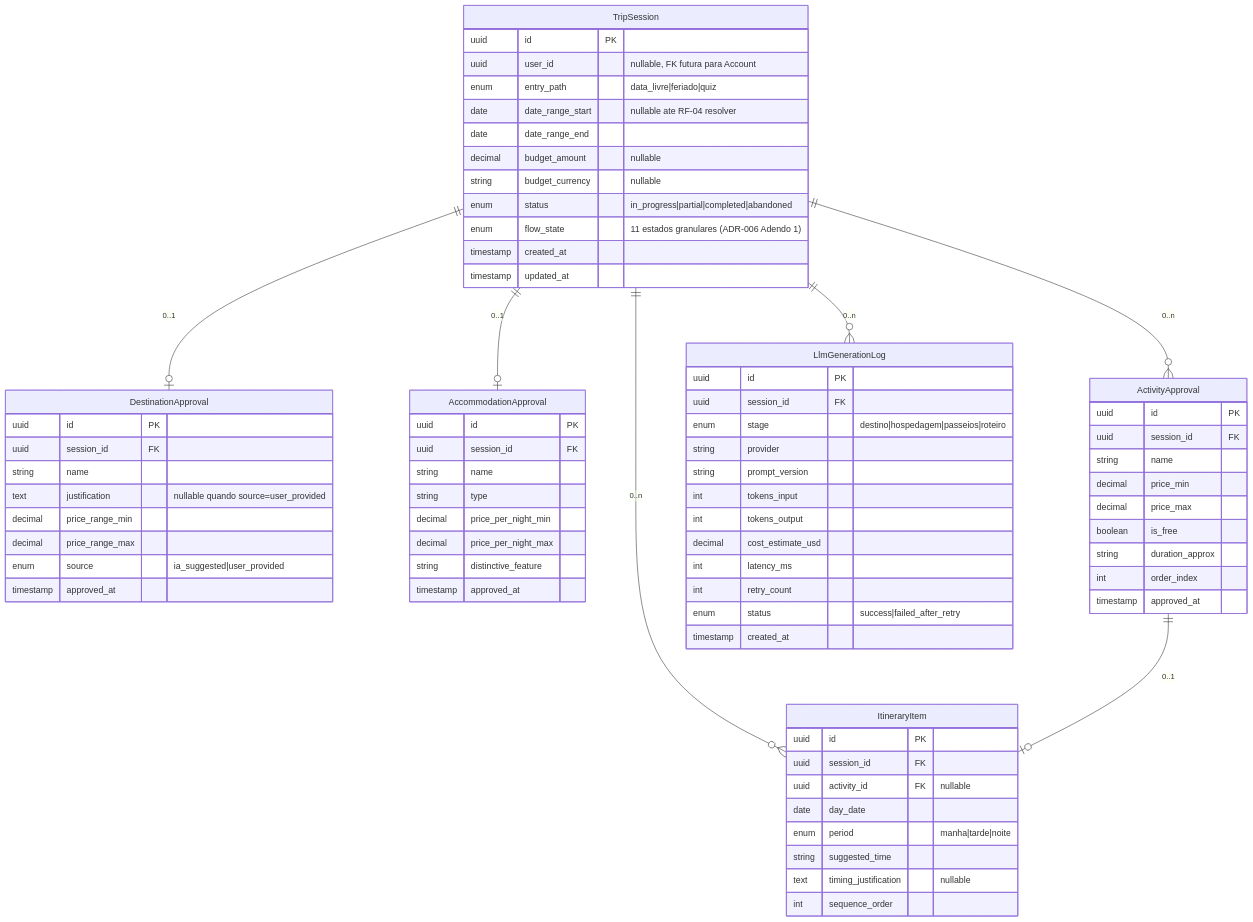
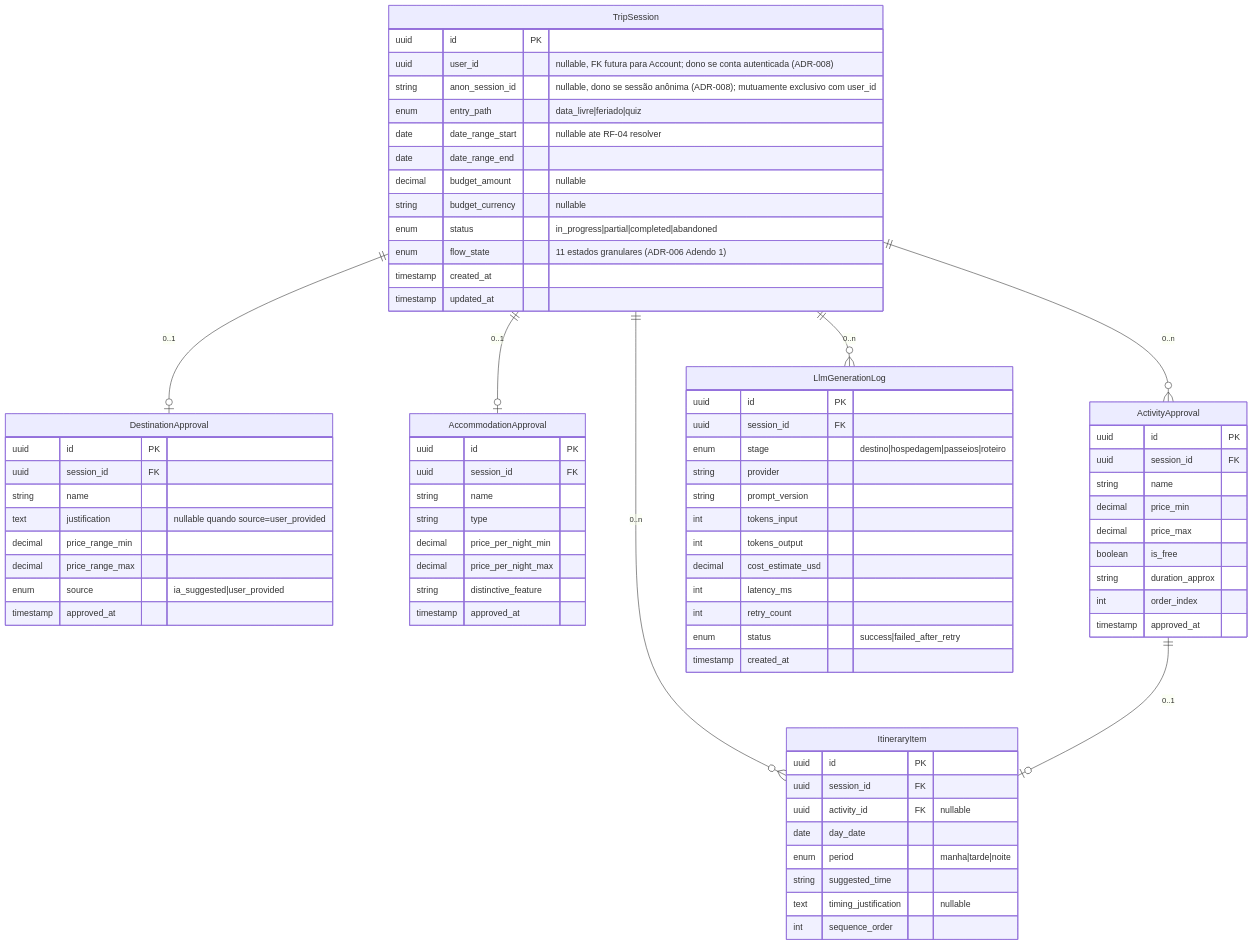
Before and after one commit to leandrosegheto17/curtamais: the second of 2 diagrams in .md/SDD.md, drawn with Mermaid. The commit also changed other lines of this file and 46 other files, not shown here.

First line of the commit message:
Add destino flow, session ownership/authorization, and account deletion

````diff
--- a/.md/SDD.md
+++ b/.md/SDD.md
@@ -113,78 +114,79 @@
 ```mermaid
 erDiagram
     TripSession ||--o| DestinationApproval : "0..1"
     TripSession ||--o| AccommodationApproval : "0..1"
     TripSession ||--o{ ActivityApproval : "0..n"
     TripSession ||--o{ ItineraryItem : "0..n"
     TripSession ||--o{ LlmGenerationLog : "0..n"
     ActivityApproval ||--o| ItineraryItem : "0..1"
 
     TripSession {
         uuid id PK
-        uuid user_id "nullable, FK futura para Account"
+        uuid user_id "nullable, FK futura para Account; dono se conta autenticada (ADR-008)"
+        string anon_session_id "nullable, dono se sessão anônima (ADR-008); mutuamente exclusivo com user_id"
         enum entry_path "data_livre|feriado|quiz"
         date date_range_start "nullable ate RF-04 resolver"
         date date_range_end
         decimal budget_amount "nullable"
         string budget_currency "nullable"
         enum status "in_progress|partial|completed|abandoned"
         enum flow_state "11 estados granulares (ADR-006 Adendo 1)"
         timestamp created_at
         timestamp updated_at
     }
     DestinationApproval {
         uuid id PK
         uuid session_id FK
         string name
         text justification "nullable quando source=user_provided"
         decimal price_range_min
         decimal price_range_max
         enum source "ia_suggested|user_provided"
         timestamp approved_at
     }
     AccommodationApproval {
         uuid id PK
         uuid session_id FK
         string name
         string type
         decimal price_per_night_min
         decimal price_per_night_max
         string distinctive_feature
         timestamp approved_at
     }
     ActivityApproval {
         uuid id PK
         uuid session_id FK
         string name
         decimal price_min
         decimal price_max
         boolean is_free
         string duration_approx
         int order_index
         timestamp approved_at
     }
     ItineraryItem {
         uuid id PK
         uuid session_id FK
         uuid activity_id FK "nullable"
         date day_date
         enum period "manha|tarde|noite"
         string suggested_time
         text timing_justification "nullable"
         int sequence_order
     }
     LlmGenerationLog {
         uuid id PK
         uuid session_id FK
         enum stage "destino|hospedagem|passeios|roteiro"
         string provider
         string prompt_version
         int tokens_input
         int tokens_output
         decimal cost_estimate_usd
         int latency_ms
         int retry_count
         enum status "success|failed_after_retry"
         timestamp created_at
     }
 ```
````
